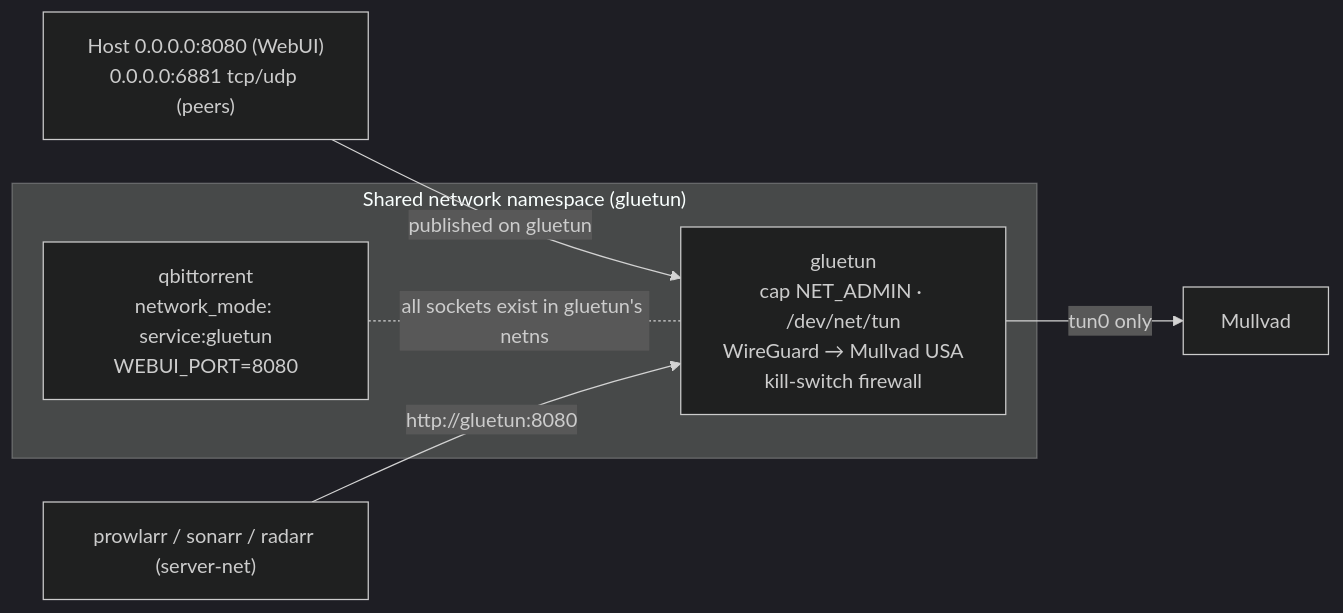
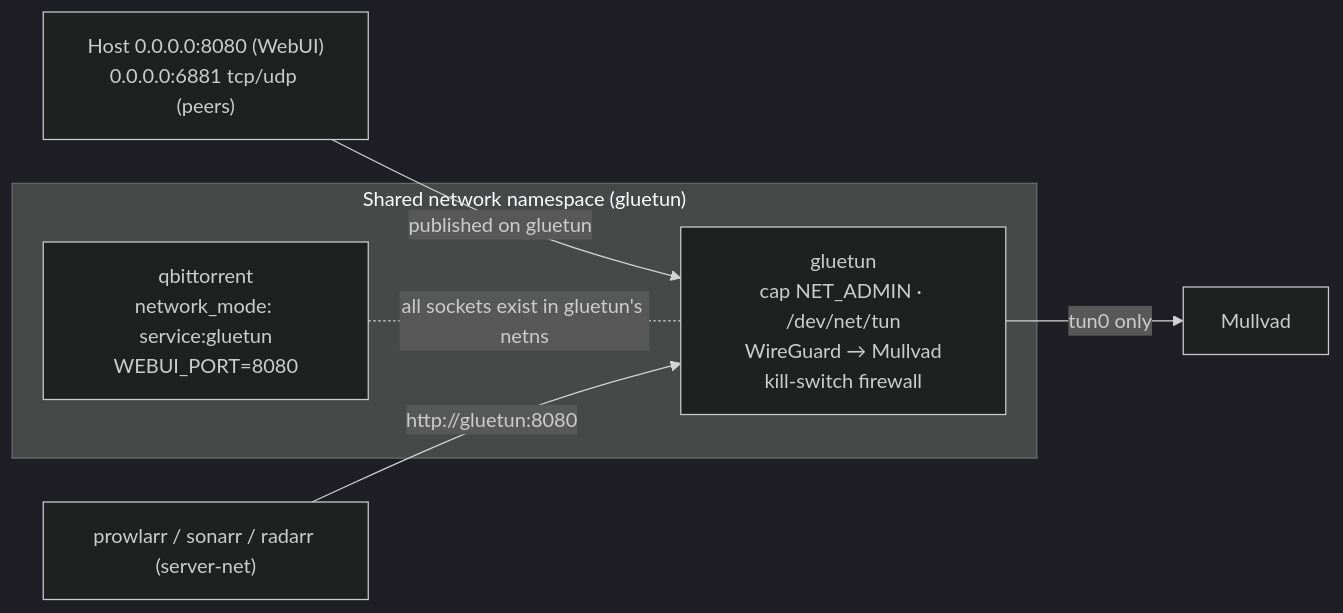
The third of 3 diagrams in architecture/networking-and-security.md (BigBoiToasty/homelab-docs), drawn with Mermaid (dark theme) before and after one commit. The commit also changed other lines of this file and 4 other files, not shown here.

First line of the commit message:
docs: refresh architecture docs from 2026-09-25 audit

````diff
--- a/architecture/networking-and-security.md
+++ b/architecture/networking-and-security.md
@@ -80,11 +95,11 @@
 ```mermaid
 flowchart LR
     subgraph NS["Shared network namespace (gluetun)"]
-        G["gluetun<br/>cap NET_ADMIN · /dev/net/tun<br/>WireGuard → Mullvad USA<br/>kill-switch firewall"]
+        G["gluetun<br/>cap NET_ADMIN · /dev/net/tun<br/>WireGuard → Mullvad<br/>kill-switch firewall"]
         Q["qbittorrent<br/>network_mode: service:gluetun<br/>WEBUI_PORT=8080"]
     end
     H["Host 0.0.0.0:8080 (WebUI)<br/>0.0.0.0:6881 tcp/udp (peers)"] -->|published on gluetun| G
     G -->|tun0 only| M["Mullvad"]
     Q -. "all sockets exist in gluetun's netns" .- G
     ARR["prowlarr / sonarr / radarr (server-net)"] -->|"http://gluetun:8080"| G
 ```
````
